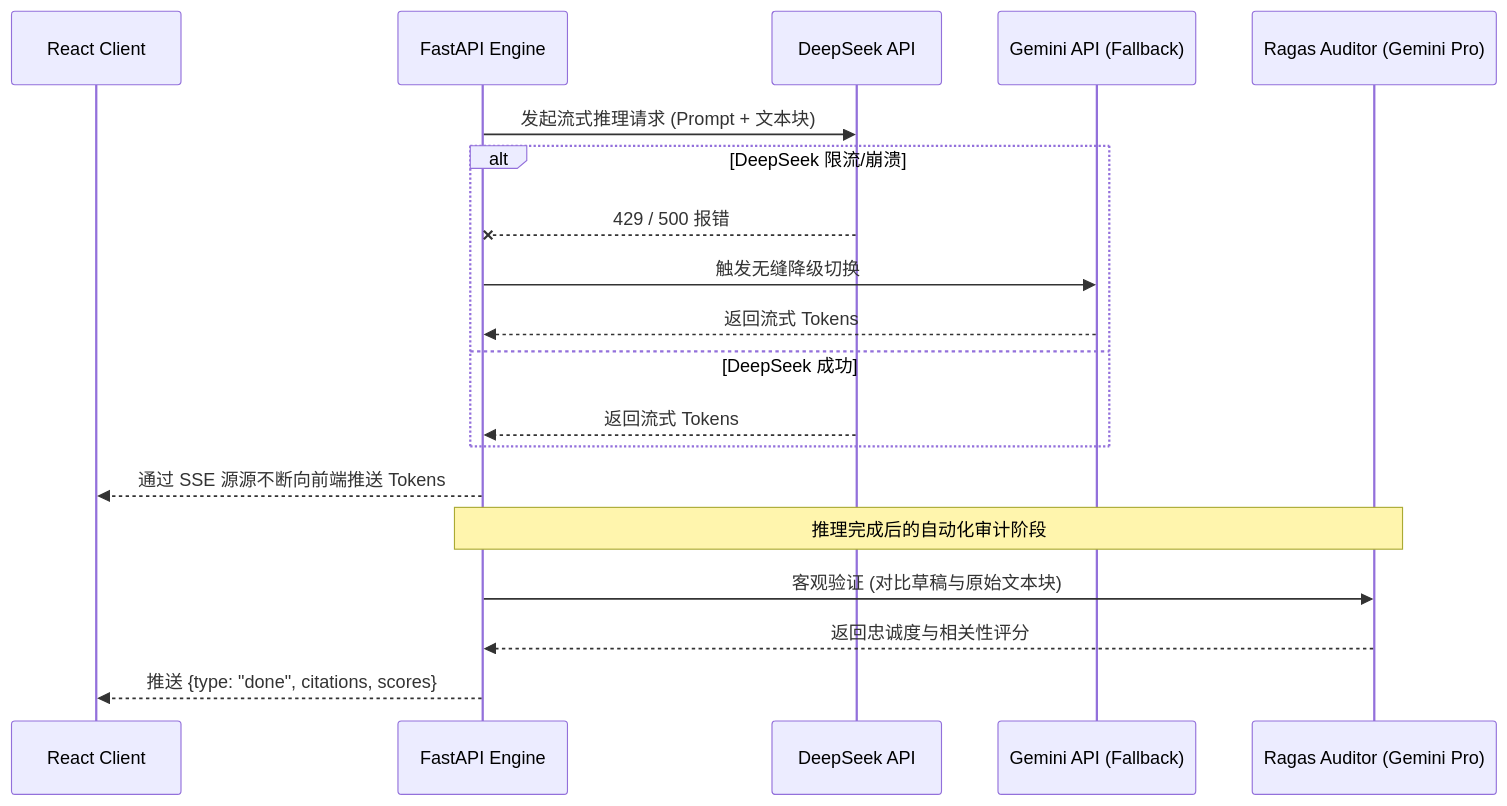
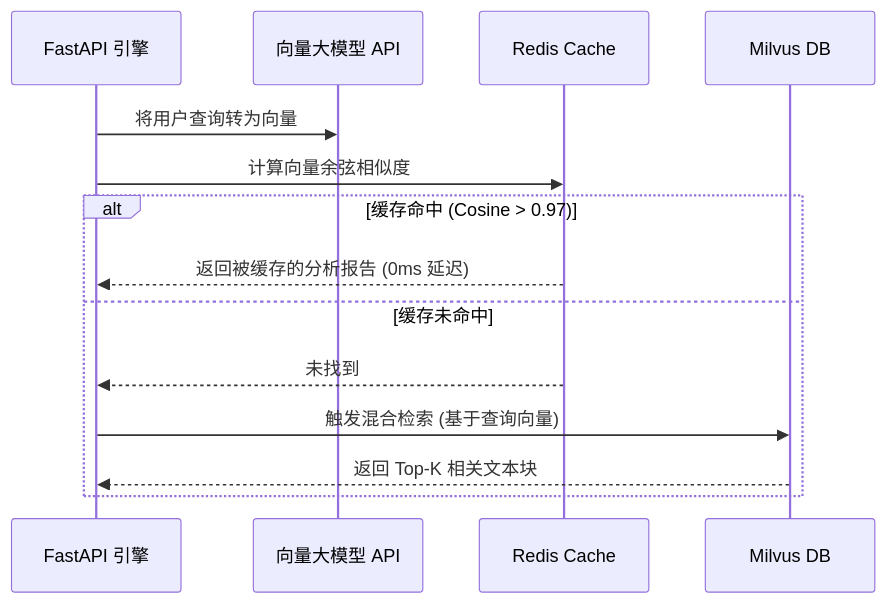
Before and after one commit to joe-ging/AI_Stock_Analyst_Enterprise: the third of 4 diagrams in README_zh.md, drawn with Mermaid. The commit also changed other lines of this file and 1 other file, not shown here.

Commit message:
docs: Comprehensive SA rewrite incorporating full async pipelines, DB optimizations, multi-cloud networking, and Ragas framework

````diff
--- a/README_zh.md
+++ b/README_zh.md
@@ -102,25 +105,17 @@
 ```mermaid
 sequenceDiagram
-    participant UI as React Client
-    participant Engine as FastAPI Engine
-    participant DeepSeek as DeepSeek API
-    participant Fallback as Gemini API (Fallback)
-    participant Ragas as Ragas Auditor (Gemini Pro)
+    participant Engine as FastAPI 引擎
+    participant AI as 向量大模型 API
+    participant Redis as Redis Cache
+    participant Milvus as Milvus DB
     
-    Engine->>DeepSeek: 发起流式推理请求 (Prompt + 文本块)
-    
-    alt DeepSeek 限流/崩溃
-        DeepSeek--xEngine: 429 / 500 报错
-        Engine->>Fallback: 触发无缝降级切换
-        Fallback-->>Engine: 返回流式 Tokens
-    else DeepSeek 成功
-        DeepSeek-->>Engine: 返回流式 Tokens
+    Engine->>AI: 将用户查询转为向量
+    Engine->>Redis: 计算向量余弦相似度
+    alt 缓存命中 (Cosine > 0.97)
+        Redis-->>Engine: 返回被缓存的分析报告 (0ms 延迟)
+    else 缓存未命中
+        Redis-->>Engine: 未找到
+        Engine->>Milvus: 触发混合检索 (基于查询向量)
+        Milvus-->>Engine: 返回 Top-K 相关文本块
     end
-    
-    Engine-->>UI: 通过 SSE 源源不断向前端推送 Tokens
-    
-    Note over Engine, Ragas: 推理完成后的自动化审计阶段
-    Engine->>Ragas: 客观验证 (对比草稿与原始文本块)
-    Ragas-->>Engine: 返回忠诚度与相关性评分
-    Engine-->>UI: 推送 {type: "done", citations, scores}
 ```
````
